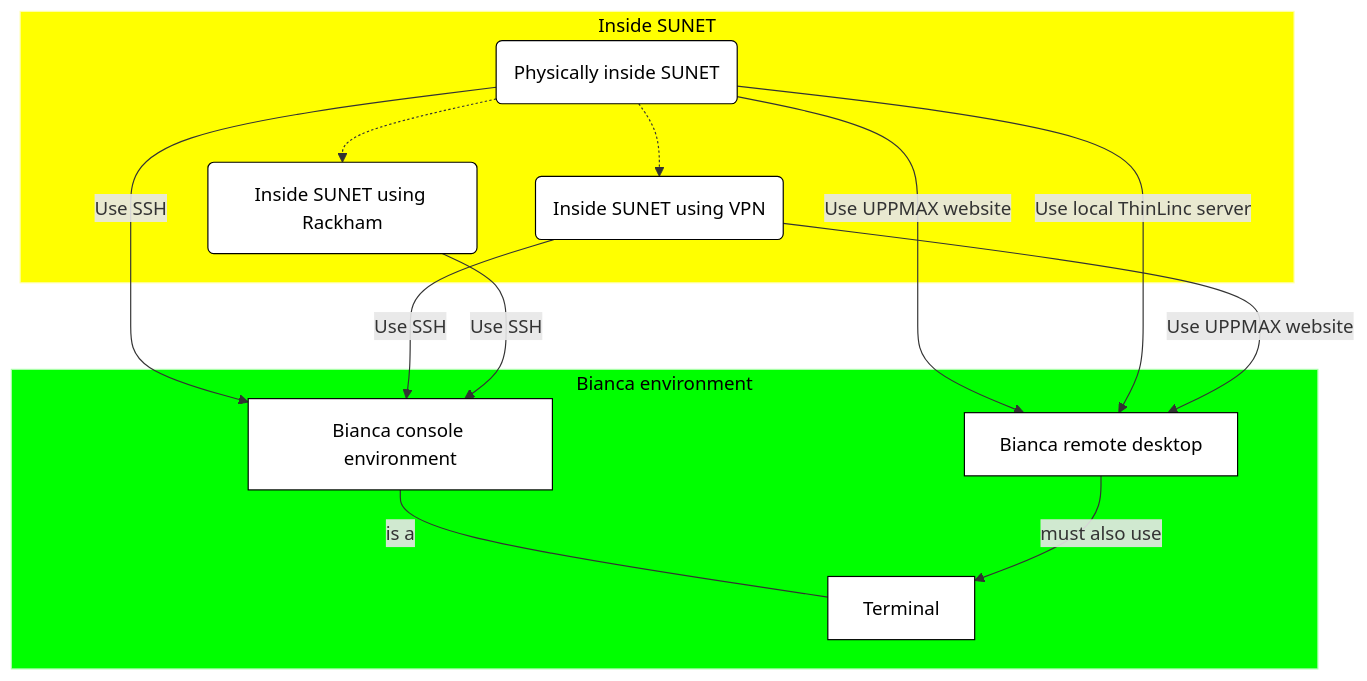
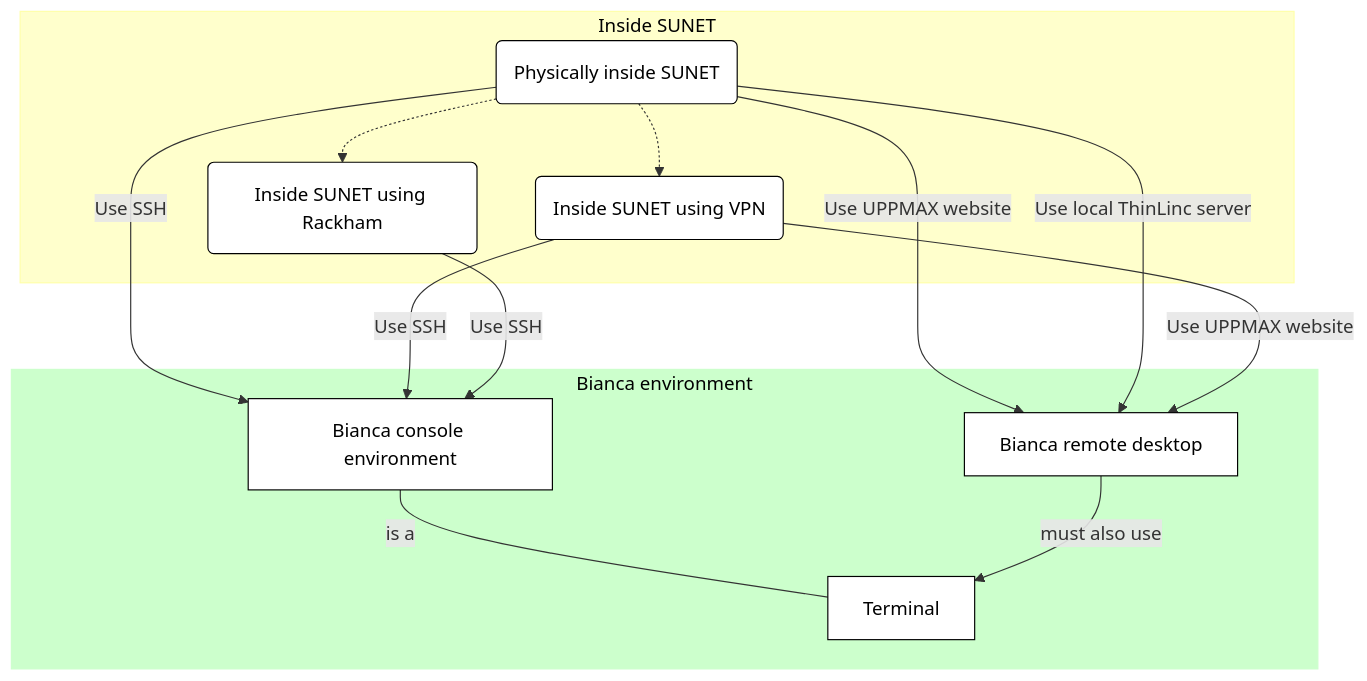
The third of 4 diagrams in docs/login_bianca.md (UPPMAX/bianca_workshop), drawn with Mermaid before and after one commit. The commit also changed other lines of this file, not shown here.

````diff
--- a/docs/login_bianca.md
+++ b/docs/login_bianca.md
@@ -199,34 +199,34 @@
 ```mermaid
 flowchart TD
 
     subgraph sub_inside[Inside SUNET]
       physically_inside(Physically inside SUNET)
       inside_using_vpn(Inside SUNET using VPN)
       inside_using_rackham(Inside SUNET using Rackham)
       style physically_inside fill:#fff,color:#000,stroke:#000
       style inside_using_vpn fill:#fff,color:#000,stroke:#000
       style inside_using_rackham fill:#fff,color:#000,stroke:#000
     end
-    style sub_inside fill:#ff0,color:#000,stroke:#ffa
+    style sub_inside fill:#ffc,color:#000,stroke:#ffa
 
     subgraph sub_bianca_env[Bianca environment]
       bianca_console[Bianca console environment]
       bianca_remote_desktop[Bianca remote desktop] 
       bianca_terminal[Terminal] 
       style bianca_console fill:#fff,color:#000,stroke:#000
       style bianca_remote_desktop fill:#fff,color:#000,stroke:#000
       style bianca_terminal fill:#fff,color:#000,stroke:#000
     end
-    style sub_bianca_env fill:#0f0,color:#000,stroke:#afa
+    style sub_bianca_env fill:#cfc,color:#000,stroke:#cfc
 
     physically_inside-->|Use SSH|bianca_console
     physically_inside-->|Use UPPMAX website|bianca_remote_desktop
     physically_inside-->|Use local ThinLinc server|bianca_remote_desktop
     physically_inside-.->inside_using_rackham
     physically_inside-.->inside_using_vpn
     inside_using_vpn-->|Use SSH|bianca_console
     inside_using_vpn-->|Use UPPMAX website|bianca_remote_desktop
     inside_using_rackham-->|Use SSH|bianca_console
     bianca_console---|is a|bianca_terminal
     bianca_remote_desktop-->|must also use|bianca_terminal
 ```
````
